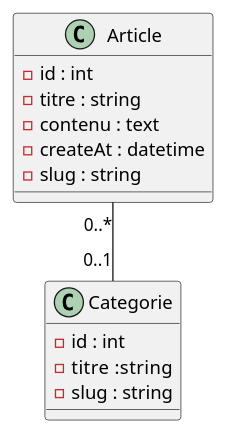
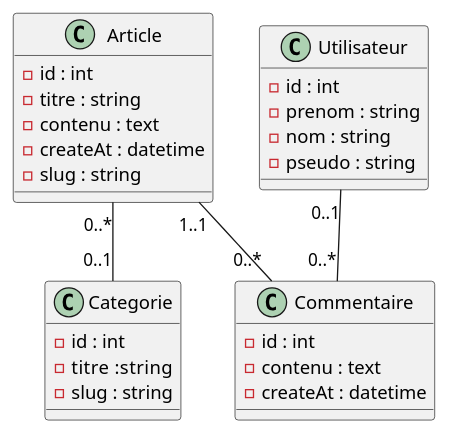
The diagram in documentation/diagramme de classes.puml (tvGuy2/lamy-blog-), drawn with PlantUML before and after one commit. The commit also changed 9 other files, not shown here.

```diff
--- a/documentation/diagramme de classes.puml
+++ b/documentation/diagramme de classes.puml
@@ -1,22 +1,38 @@
 @startuml
+
 
 
 class Article {
 - id : int
 - titre : string
 - contenu : text
 - createAt : datetime
 - slug : string
 }
 
 class Categorie {
 - id : int
 - titre  :string
 - slug : string
 }
 
+class Utilisateur {
+- id : int
+- prenom : string
+- nom : string
+- pseudo : string
+}
+
+class Commentaire {
+- id : int
+- contenu : text
+- createAt : datetime
+}
+
+
 Article "0..*" -- "0..1" Categorie
-
+Article "1..1" -- "0..*" Commentaire
+Utilisateur "0..1" -- "0..*" Commentaire
 
 
 @enduml
```
